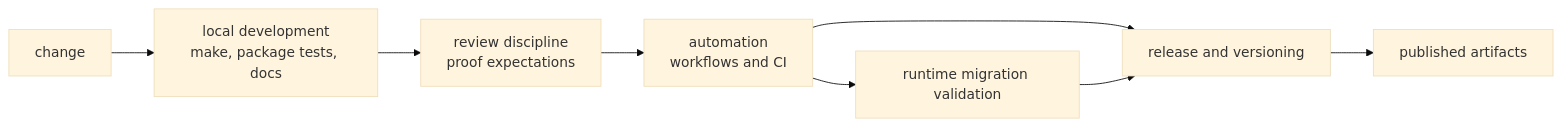
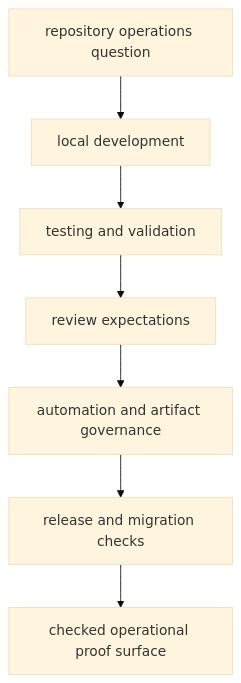
One commit to bijux/bijux-proteomics changed the diagram in docs/01-bijux-proteomics/operations/index.md. Above: the diagram before and after it, drawn with Mermaid (base theme). The commit also changed other lines of this file, not shown here.

Commit message:
docs(operations): show repository operations flow

````diff
--- a/docs/01-bijux-proteomics/operations/index.md
+++ b/docs/01-bijux-proteomics/operations/index.md
@@ -18,18 +18,17 @@
 ```mermaid
-flowchart LR
-    change["change"]
-    local["local development<br/>make, package tests, docs"]
-    review["review discipline<br/>proof expectations"]
-    automation["automation<br/>workflows and CI"]
-    release["release and versioning"]
-    migration["runtime migration validation"]
-    publish["published artifacts"]
+flowchart TB
+    question["repository operations question"]
+    local["local development"]
+    validation["testing and validation"]
+    review["review expectations"]
+    automation["automation and artifact governance"]
+    release["release and migration checks"]
+    proof["checked operational proof surface"]
 
-    change --> local
-    local --> review
+    question --> local
+    local --> validation
+    validation --> review
     review --> automation
     automation --> release
-    release --> publish
-    automation --> migration
-    migration --> release
+    release --> proof
 ```
````
